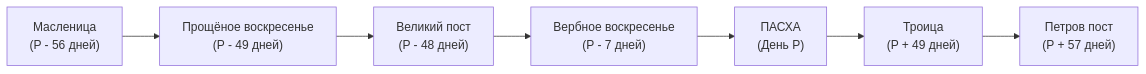
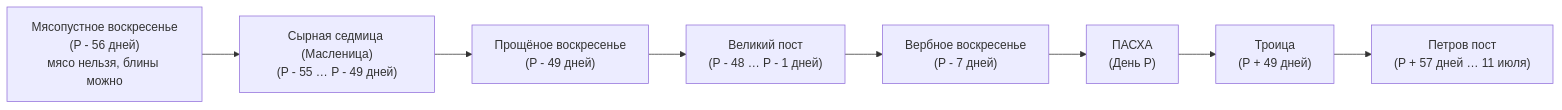
Before and after one commit to zar1xxx/cooker: the diagram in docs/reports/R7_RESEARCH.md, drawn with Mermaid. The commit also changed other lines of this file and 2 other files, not shown here.

````diff
--- a/docs/reports/R7_RESEARCH.md
+++ b/docs/reports/R7_RESEARCH.md
@@ -109,9 +110,10 @@
 ```mermaid
 flowchart LR
-    M1["Масленица<br>(P - 56 дней)"] --> M2["Прощёное воскресенье<br>(P - 49 дней)"]
-    M2 --> GP["Великий пост<br>(P - 48 дней)"]
+    MS["Мясопустное воскресенье<br>(P - 56 дней)<br>мясо нельзя, блины можно"] --> M1["Сырная седмица (Масленица)<br>(P - 55 … P - 49 дней)"]
+    M1 --> M2["Прощёное воскресенье<br>(P - 49 дней)"]
+    M2 --> GP["Великий пост<br>(P - 48 … P - 1 дней)"]
     GP --> VB["Вербное воскресенье<br>(P - 7 дней)"]
     VB --> P["ПАСХА<br>(День P)"]
     P --> TR["Троица<br>(P + 49 дней)"]
-    TR --> PP["Петров пост<br>(P + 57 дней)"]
+    TR --> PP["Петров пост<br>(P + 57 дней … 11 июля)"]
 ```
````
